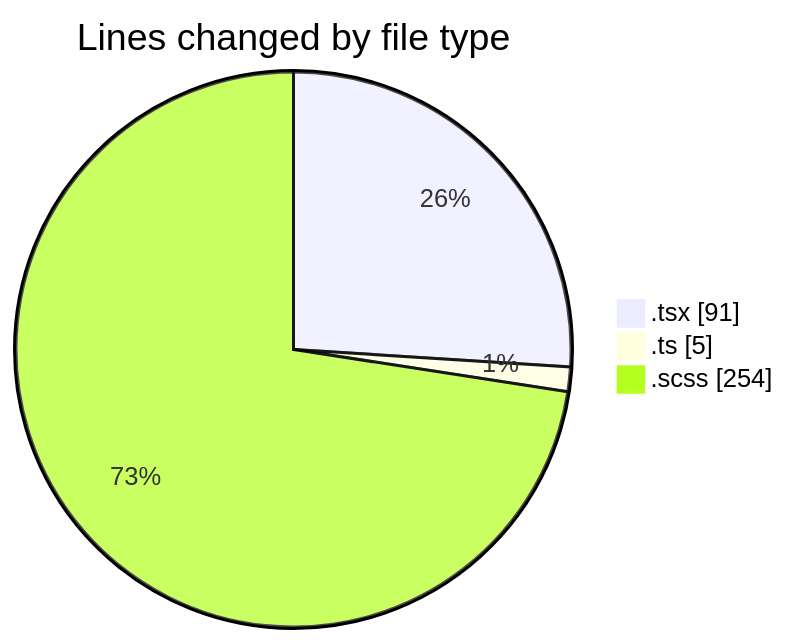
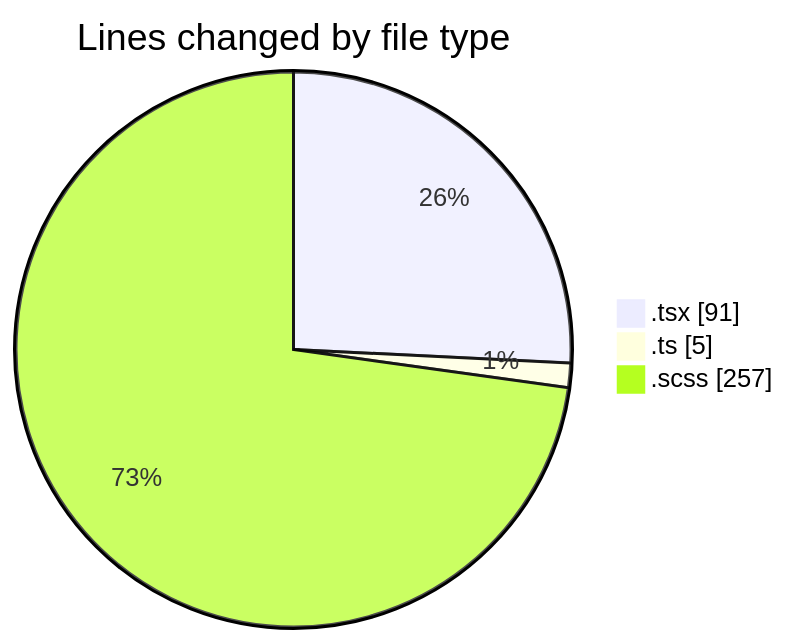
One commit to momahboobian/code-tracking changed the first of 2 diagrams in 2025-02-28/cda/README.md. Above: the diagram before and after it, drawn with Mermaid. The commit also changed other lines of this file and 1 other file, not shown here.

````diff
--- a/2025-02-28/cda/README.md
+++ b/2025-02-28/cda/README.md
@@ -24,7 +25,7 @@
 ```mermaid
 pie showData
 title Lines changed by file type
 ".tsx" : 91
 ".ts" : 5
-".scss" : 254
+".scss" : 257
 ```
````
